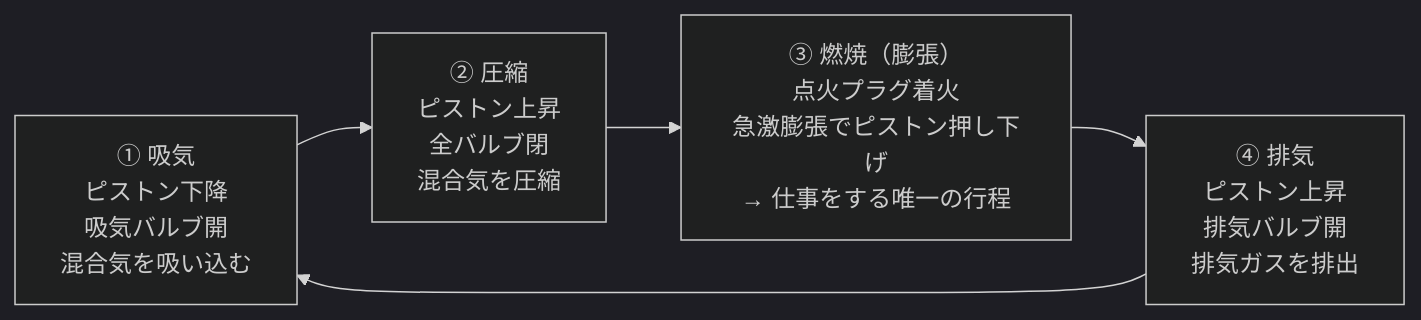
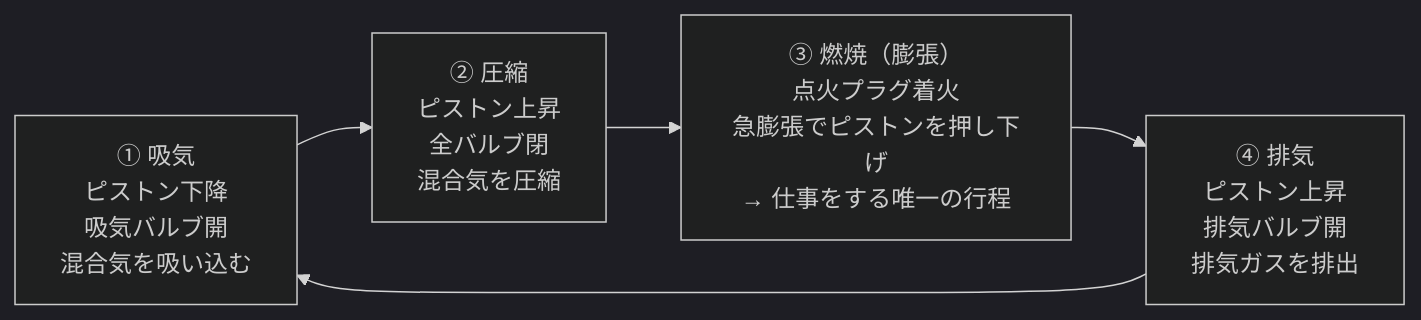
One commit to s1280061/network_copilot changed the first of 3 diagrams in backend/app/content/articles/automotive-engine.md. Above: the diagram before and after it, drawn with Mermaid (dark theme). The commit also changed other lines of this file and 2 other files, not shown here.

````diff
--- a/backend/app/content/articles/automotive-engine.md
+++ b/backend/app/content/articles/automotive-engine.md
@@ -16,7 +18,7 @@
 ```mermaid
 graph LR
   A["① 吸気<br/>ピストン下降<br/>吸気バルブ開<br/>混合気を吸い込む"] --> B["② 圧縮<br/>ピストン上昇<br/>全バルブ閉<br/>混合気を圧縮"]
-  B --> C["③ 燃焼（膨張）<br/>点火プラグ着火<br/>急激膨張でピストン押し下げ<br/>→ 仕事をする唯一の行程"]
+  B --> C["③ 燃焼（膨張）<br/>点火プラグ着火<br/>急膨張でピストンを押し下げ<br/>→ 仕事をする唯一の行程"]
   C --> D["④ 排気<br/>ピストン上昇<br/>排気バルブ開<br/>排気ガスを排出"]
   D --> A
 ```
````
